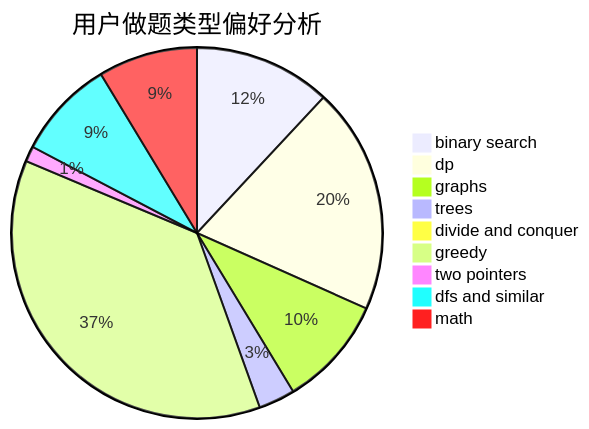
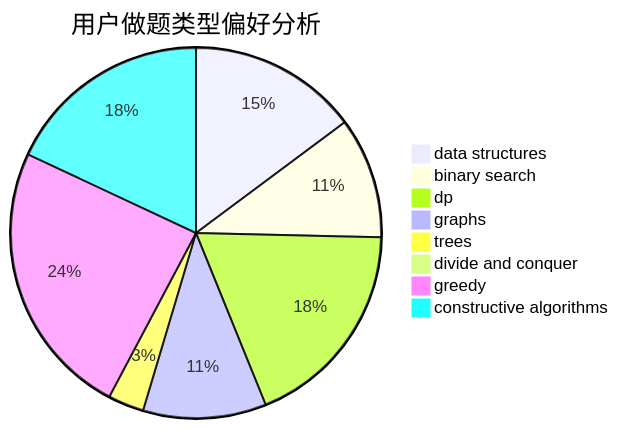
The second of 3 diagrams in docs/user/u2301.md (sherpahu/cfrs.github.io), drawn with Mermaid before and after one commit. The commit also changed other lines of this file and 2775 other files, not shown here.

````diff
--- a/docs/user/u2301.md
+++ b/docs/user/u2301.md
@@ -23,12 +23,11 @@
 ```mermaid
 pie title 用户做题类型偏好分析
-    "binary search" :  338
-    "dp" :  558
-    "graphs" :  273
-    "trees" :  90
+    "data structures" :  321
+    "binary search" :  229
+    "dp" :  401
+    "graphs" :  233
+    "trees" :  68
     "divide and conquer" :  0
-    "greedy" :  1042
-    "two pointers" :  38
-    "dfs and similar" :  245
-    "math" :  245
+    "greedy" :  525
+    "constructive algorithms" :  391
 ```
````
